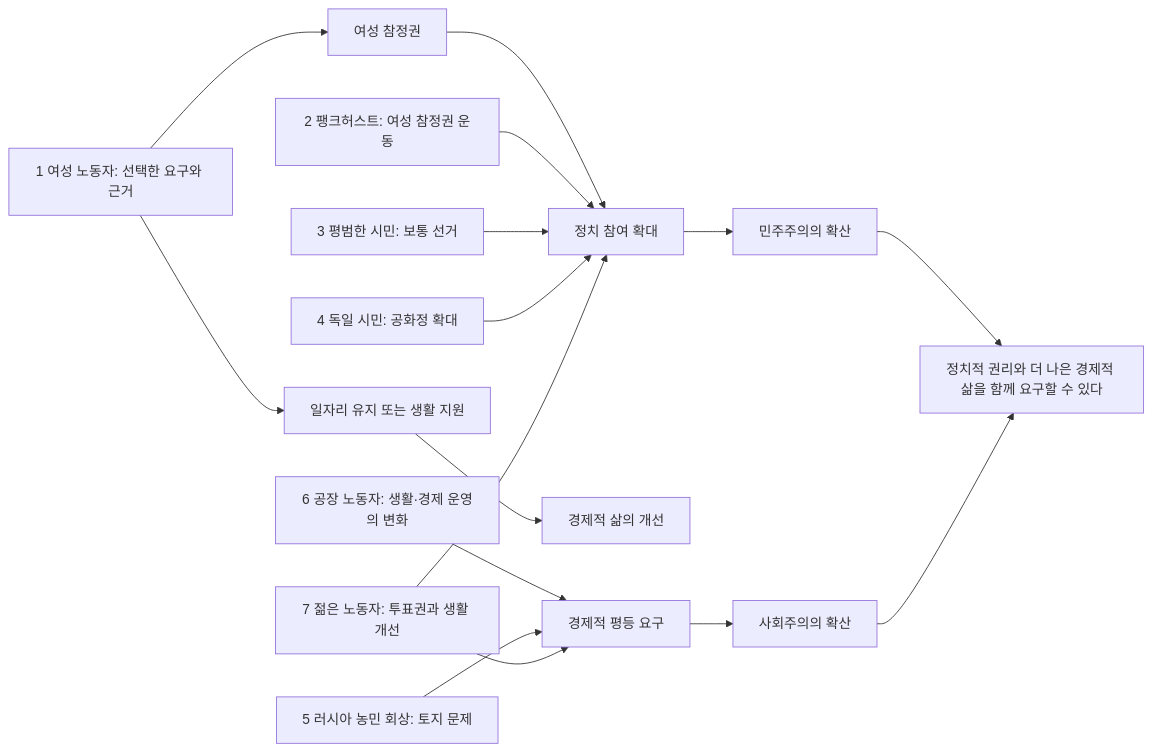
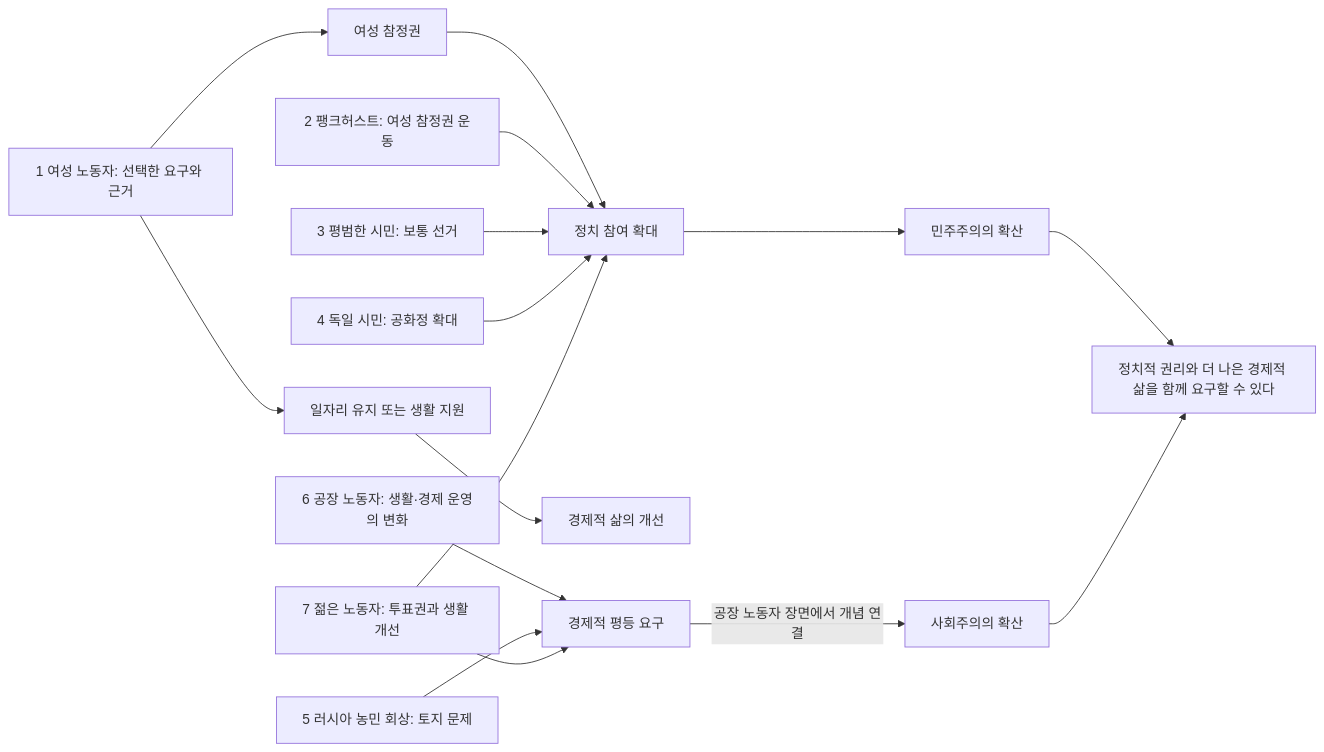
The second of 10 diagrams in docs/DIAGRAMS.md (bon17/1919choice), drawn with Mermaid before and after one commit. The commit also changed other lines of this file and 12 other files, not shown here.

````diff
--- a/docs/DIAGRAMS.md
+++ b/docs/DIAGRAMS.md
@@ -29,18 +29,18 @@
 ```mermaid
 flowchart LR
     A[1 여성 노동자: 선택한 요구와 근거] --> A1[여성 참정권]
     A1 --> P[정치 참여 확대]
     A --> A2[일자리 유지 또는 생활 지원]
     A2 --> Q0[경제적 삶의 개선]
     B[2 팽크허스트: 여성 참정권 운동] --> P
     C[3 평범한 시민: 보통 선거] --> P
     D[4 독일 시민: 공화정 확대] --> P
     E[6 공장 노동자: 생활·경제 운영의 변화] --> Q[경제적 평등 요구]
     F[5 러시아 농민 회상: 토지 문제] --> Q
     G[7 젊은 노동자: 투표권과 생활 개선] --> P
     G --> Q
     P --> R[민주주의의 확산]
-    Q --> S[사회주의의 확산]
+    Q -->|공장 노동자 장면에서 개념 연결| S[사회주의의 확산]
     R --> T[정치적 권리와 더 나은 경제적 삶을 함께 요구할 수 있다]
     S --> T
 ```
````
